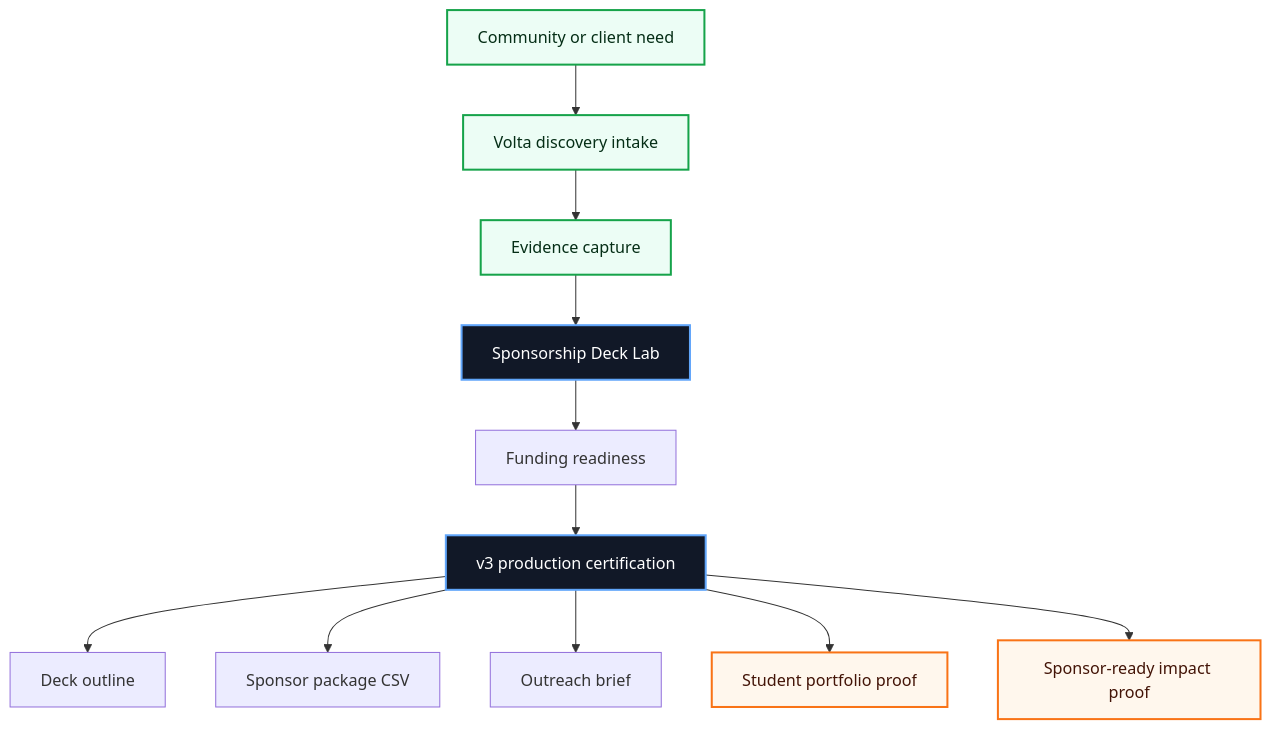
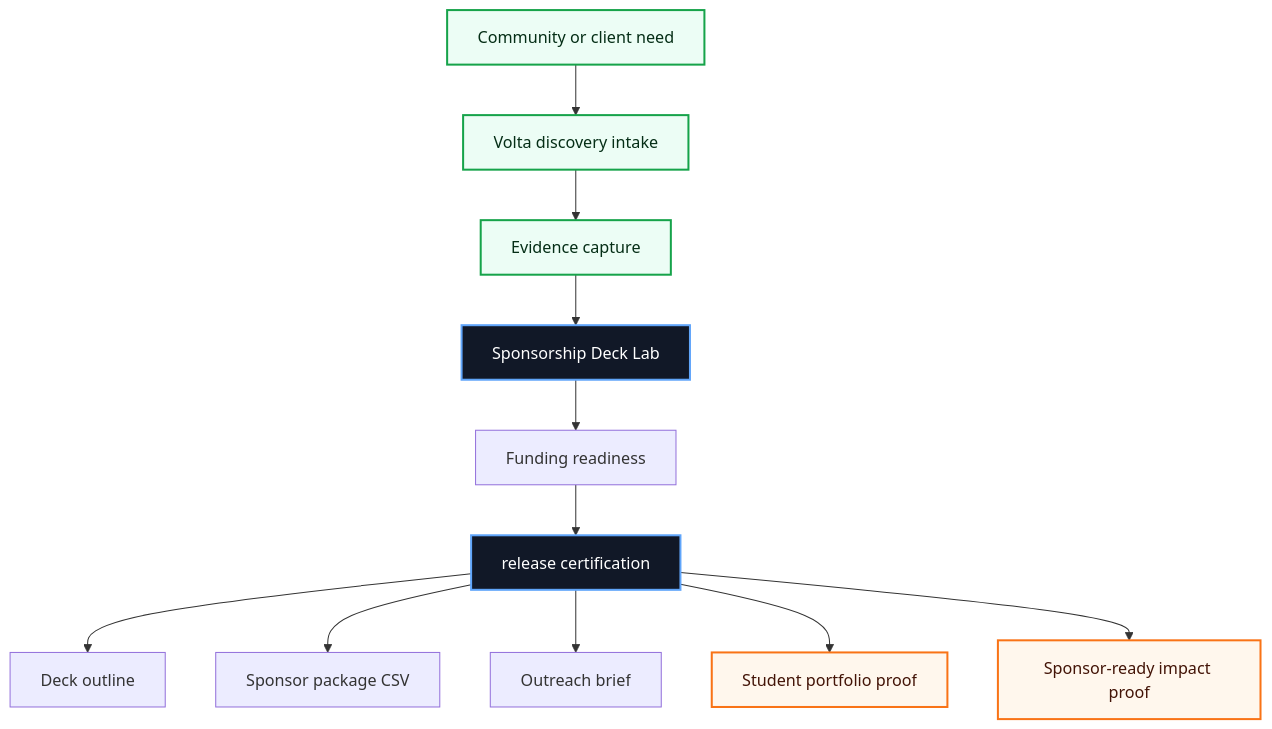
The first of 3 diagrams in README.md (volta-npo/sponsorship-deck-lab), drawn with Mermaid before and after one commit. The commit also changed other lines of this file and 28 other files, not shown here.

````diff
--- a/README.md
+++ b/README.md
@@ -43,20 +43,20 @@
 ```mermaid
 flowchart TD
     Need["Community or client need"] --> Intake["Volta discovery intake"]
     Intake --> Evidence["Evidence capture"]
     Evidence --> Workbench["Sponsorship Deck Lab"]
     Workbench --> Score["Funding readiness"]
-    Score --> Cert["v3 production certification"]
+    Score --> Cert["release certification"]
     Cert --> A1["Deck outline"]
     Cert --> A2["Sponsor package CSV"]
     Cert --> A3["Outreach brief"]
     Cert --> Student["Student portfolio proof"]
     Cert --> Sponsor["Sponsor-ready impact proof"]
 
     classDef volta fill:#111827,stroke:#60a5fa,color:#ffffff,stroke-width:2px;
     classDef equity fill:#ecfdf5,stroke:#16a34a,color:#052e16,stroke-width:2px;
     classDef proof fill:#fff7ed,stroke:#f97316,color:#431407,stroke-width:2px;
     class Workbench,Cert volta;
     class Need,Intake,Evidence equity;
     class Student,Sponsor proof;
 ```
````
